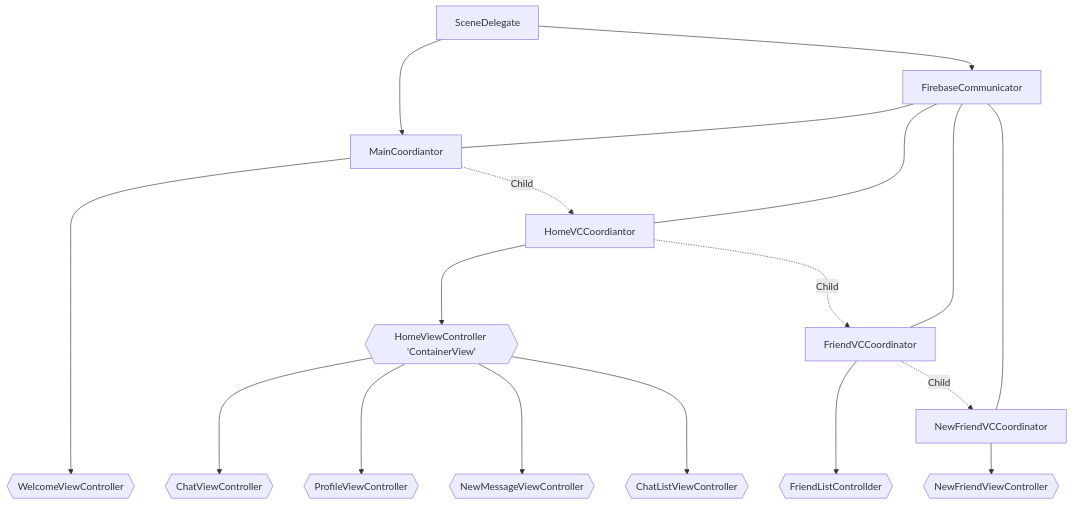
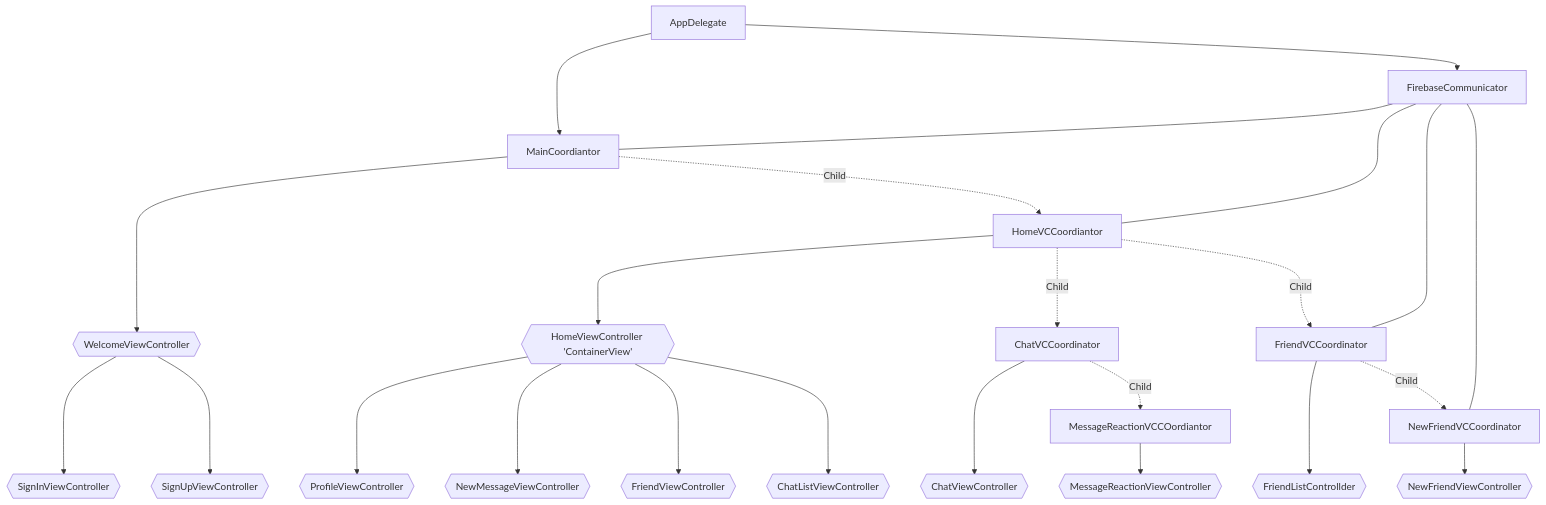
One commit to Gharyl/Tofu changed the diagram in README.md. Above: the diagram before and after it, drawn with Mermaid. The commit also changed other lines of this file, not shown here.

````diff
--- a/README.md
+++ b/README.md
@@ -34,22 +34,28 @@
 ```mermaid
 graph TB
-A[SceneDelegate] --> B[MainCoordiantor]
+A[AppDelegate] --> B[MainCoordiantor]
 A --> AA[FirebaseCommunicator]
  
 AA---B
 AA---D
 AA---H
 AA---J
 
-B ------> C{{WelcomeViewController}}
+B ----> C{{WelcomeViewController}}
+C ---> CC{{SignInViewController}}
+C ---> CCC{{SignUpViewController}}
 B -.->|Child| D[HomeVCCoordiantor]
 D ---> E{{HomeViewController 'ContainerView'}}
-E ---> F{{ChatViewController}}
 E ---> G{{ProfileViewController}}
 E ---> L{{NewMessageViewController}}
+E ---> EE{{FriendViewController}}
 E ---> LL{{ChatListViewController}}
+D -..-> |Child| AB[ChatVCCoordinator]
+AB ---> BC{{ChatViewController}}
+AB -.-> |Child| BA[MessageReactionVCCOordiantor]
+BA --> BAA{{MessageReactionViewController}}
 D -..-> |Child| H[FriendVCCoordinator]
 H ---> I{{FriendListControllder}}
 H -.-> |Child| J[NewFriendVCCoordinator]
 J --> K{{NewFriendViewController}}
 ```
````
